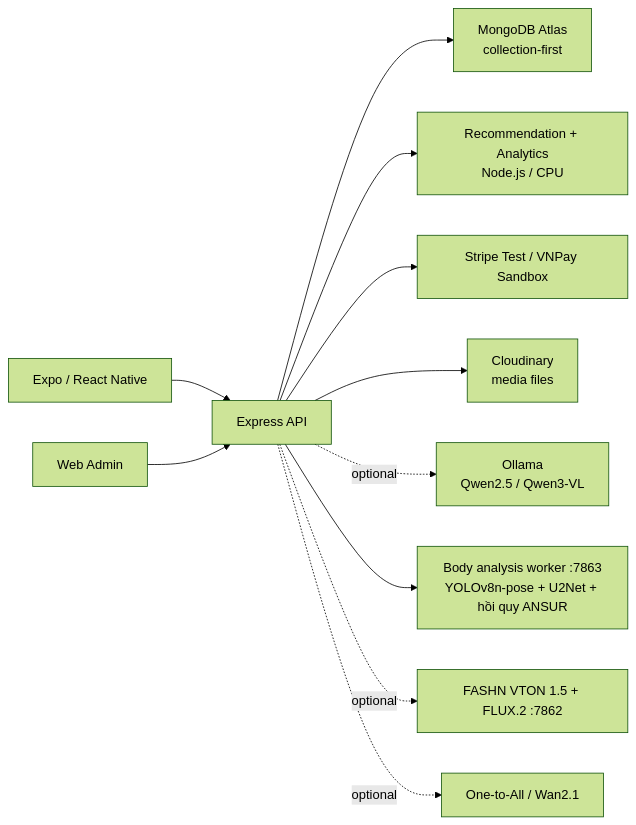
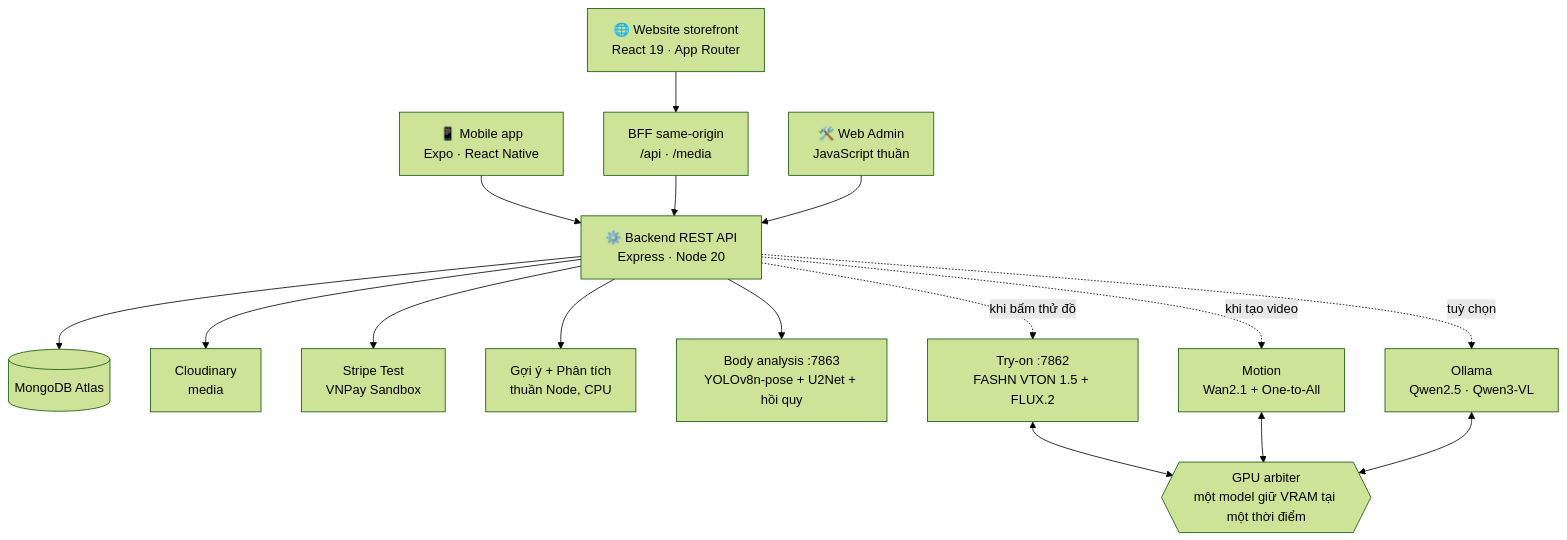
The first of 2 diagrams in README.md (minhnhatdepzai/JAPANO), drawn with Mermaid (forest theme) before and after one commit. The commit also changed other lines of this file and 32 other files, not shown here.

Commit message:
feat: update mobile, admin, and storefront experience

````diff
--- a/README.md
+++ b/README.md
@@ -215,15 +87,23 @@
 ```mermaid
-flowchart LR
-    Mobile["Expo / React Native"] --> API["Express API"]
-    Admin["Web Admin"] --> API
+flowchart TD
+    Mobile["📱 Mobile app<br/>Expo · React Native"] --> API
+    Web["🌐 Website storefront<br/>React 19 · App Router"] --> BFF["BFF same-origin<br/>/api · /media"]
+    BFF --> API
+    Admin["🛠️ Web Admin<br/>JavaScript thuần"] --> API
 
-    API --> Store["MongoDB Atlas<br/>collection-first"]
-    API --> Reco["Recommendation + Analytics<br/>Node.js / CPU"]
-    API --> Payment["Stripe Test / VNPay Sandbox"]
+    API["⚙️ Backend REST API<br/>Express · Node 20"]
 
-    API --> Media["Cloudinary<br/>media files"]
-    API -. optional .-> Ollama["Ollama<br/>Qwen2.5 / Qwen3-VL"]
-    API --> Body["Body analysis worker :7863<br/>YOLOv8n-pose + U2Net + hồi quy ANSUR"]
-    API -. optional .-> TryOn["FASHN VTON 1.5 + FLUX.2 :7862"]
-    API -. optional .-> Motion["One-to-All / Wan2.1"]
+    API --> Data[("MongoDB Atlas")]
+    API --> Media["Cloudinary<br/>media"]
+    API --> Pay["Stripe Test<br/>VNPay Sandbox"]
+    API --> Reco["Gợi ý + Phân tích<br/>thuần Node, CPU"]
+
+    API --> Body["Body analysis :7863<br/>YOLOv8n-pose + U2Net + hồi quy"]
+    API -. khi bấm thử đồ .-> TryOn["Try-on :7862<br/>FASHN VTON 1.5 + FLUX.2"]
+    API -. khi tạo video .-> Motion["Motion<br/>Wan2.1 + One-to-All"]
+    API -. tuỳ chọn .-> LLM["Ollama<br/>Qwen2.5 · Qwen3-VL"]
+
+    TryOn <--> Arbiter{{"GPU arbiter<br/>một model giữ VRAM tại một thời điểm"}}
+    Motion <--> Arbiter
+    LLM <--> Arbiter
 ```
````
